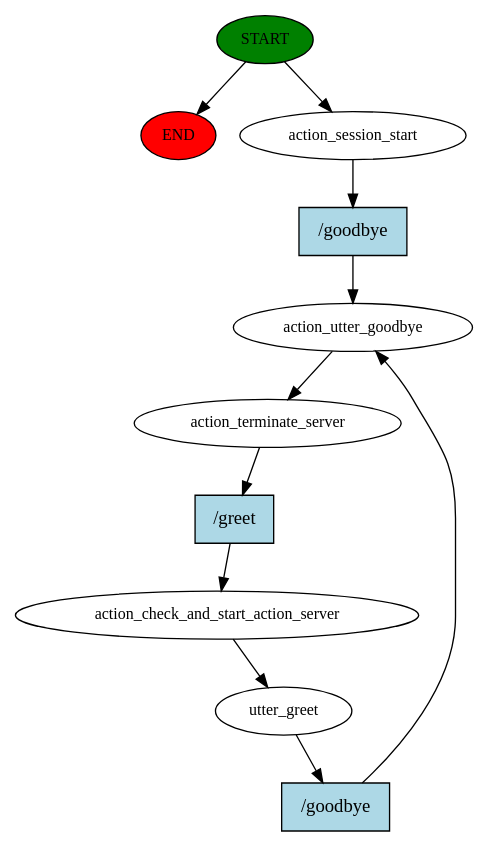
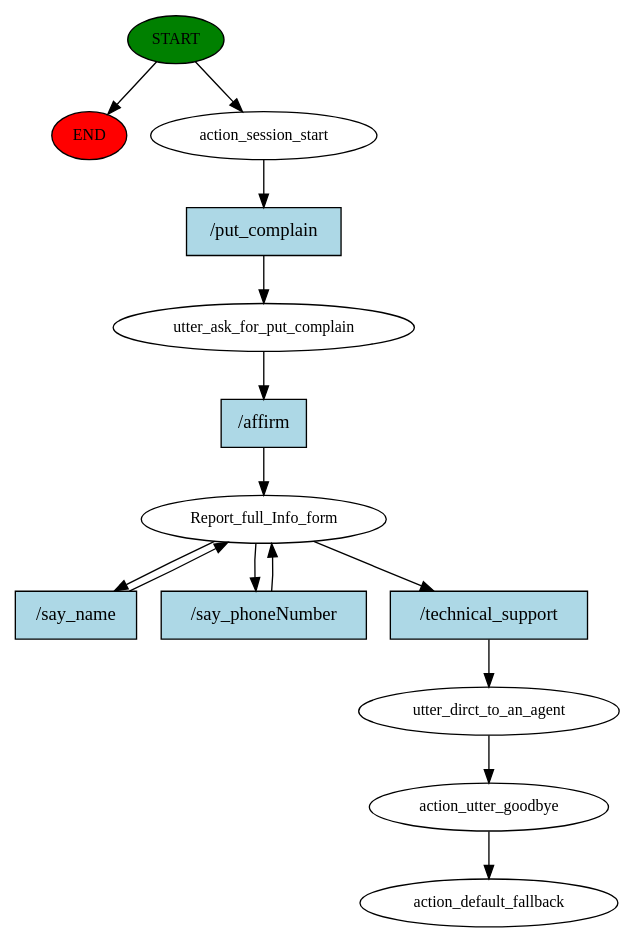
One commit to SewminaFernando/AggroDetect changed the diagram in rasaproject8/story_graph.dot. Above: the diagram before and after it, drawn with Graphviz. The commit also changed 496 other files, not shown here.

```diff
--- a/rasaproject8/story_graph.dot
+++ b/rasaproject8/story_graph.dot
@@ -1,22 +1,29 @@
 digraph  {
 0 [class="start active", fillcolor=green, fontsize=12, label=START, style=filled];
 "-1" [class=end, fillcolor=red, fontsize=12, label=END, style=filled];
 1 [class=active, fontsize=12, label=action_session_start];
-2 [class=active, fontsize=12, label=action_utter_goodbye];
-3 [class="active dashed", fontsize=12, label=action_terminate_server];
-4 [class=active, fontsize=12, label=action_check_and_start_action_server];
-5 [class=active, fontsize=12, label=utter_greet];
-8 [class="intent active", fillcolor=lightblue, label="/goodbye", shape=rect, style=filled];
-9 [class="intent active", fillcolor=lightblue, label="/greet", shape=rect, style=filled];
-10 [class="intent active", fillcolor=lightblue, label="/goodbye", shape=rect, style=filled];
+2 [class=active, fontsize=12, label=utter_ask_for_put_complain];
+3 [class=active, fontsize=12, label=Report_full_Info_form];
+10 [class=active, fontsize=12, label=utter_dirct_to_an_agent];
+11 [class=active, fontsize=12, label=action_utter_goodbye];
+12 [class="dashed active", fontsize=12, label=action_default_fallback];
+13 [class="intent active", fillcolor=lightblue, label="/put_complain", shape=rect, style=filled];
+14 [class="intent active", fillcolor=lightblue, label="/affirm", shape=rect, style=filled];
+15 [class="intent active", fillcolor=lightblue, label="/say_name", shape=rect, style=filled];
+16 [class="intent active", fillcolor=lightblue, label="/say_phoneNumber", shape=rect, style=filled];
+17 [class="intent active", fillcolor=lightblue, label="/technical_support", shape=rect, style=filled];
 0 -> "-1"  [class="", key=NONE, label=""];
 0 -> 1  [class=active, key=NONE, label=""];
-1 -> 8  [class=active, key=0];
-2 -> 3  [class=active, key=NONE, label=""];
-3 -> 9  [class=active, key=0];
-4 -> 5  [class=active, key=NONE, label=""];
-5 -> 10  [class=active, key=0];
-8 -> 2  [class=active, key=0];
-9 -> 4  [class=active, key=0];
-10 -> 2  [class=active, key=0];
+1 -> 13  [class=active, key=0];
+2 -> 14  [class=active, key=0];
+3 -> 15  [class=active, key=0];
+3 -> 16  [class=active, key=0];
+3 -> 17  [class=active, key=0];
+10 -> 11  [class=active, key=NONE, label=""];
+11 -> 12  [class=active, key=NONE, label=""];
+13 -> 2  [class=active, key=0];
+14 -> 3  [class=active, key=0];
+15 -> 3  [class=active, key=0];
+16 -> 3  [class=active, key=0];
+17 -> 10  [class=active, key=0];
 }
```
